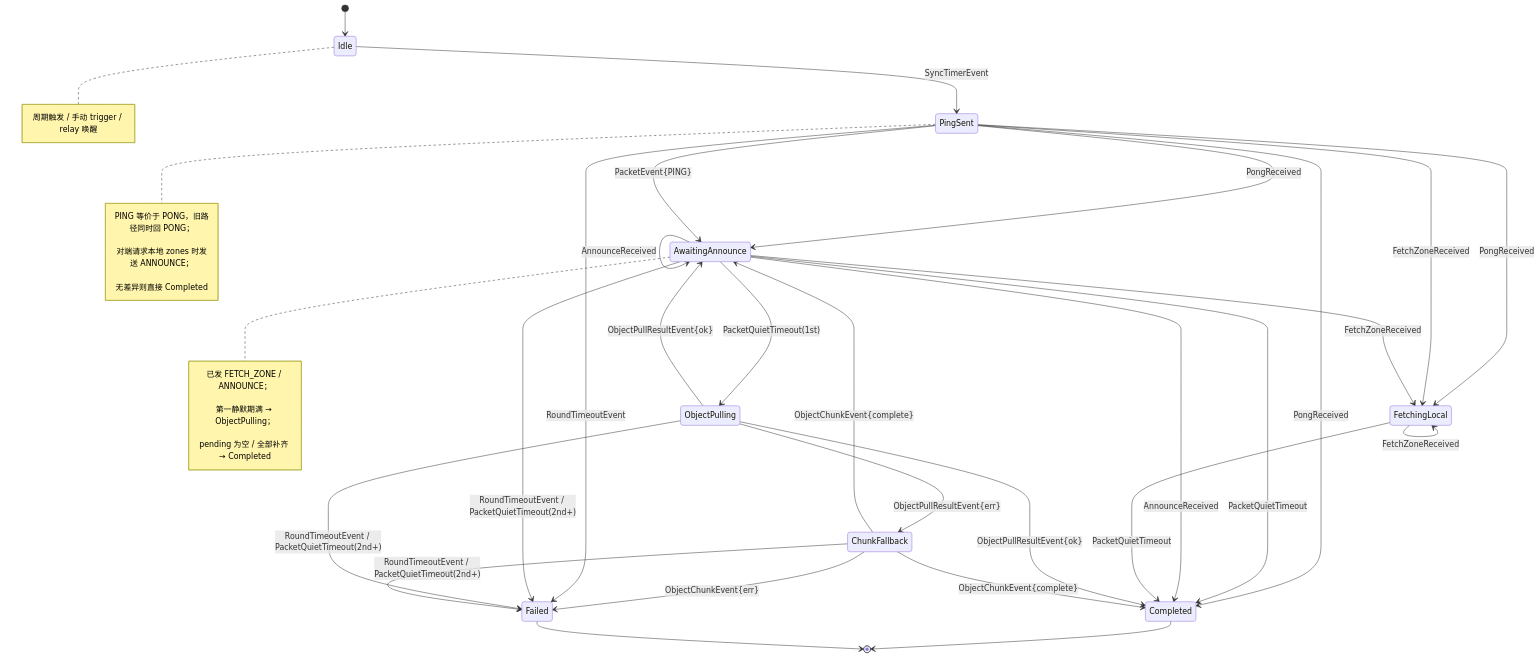
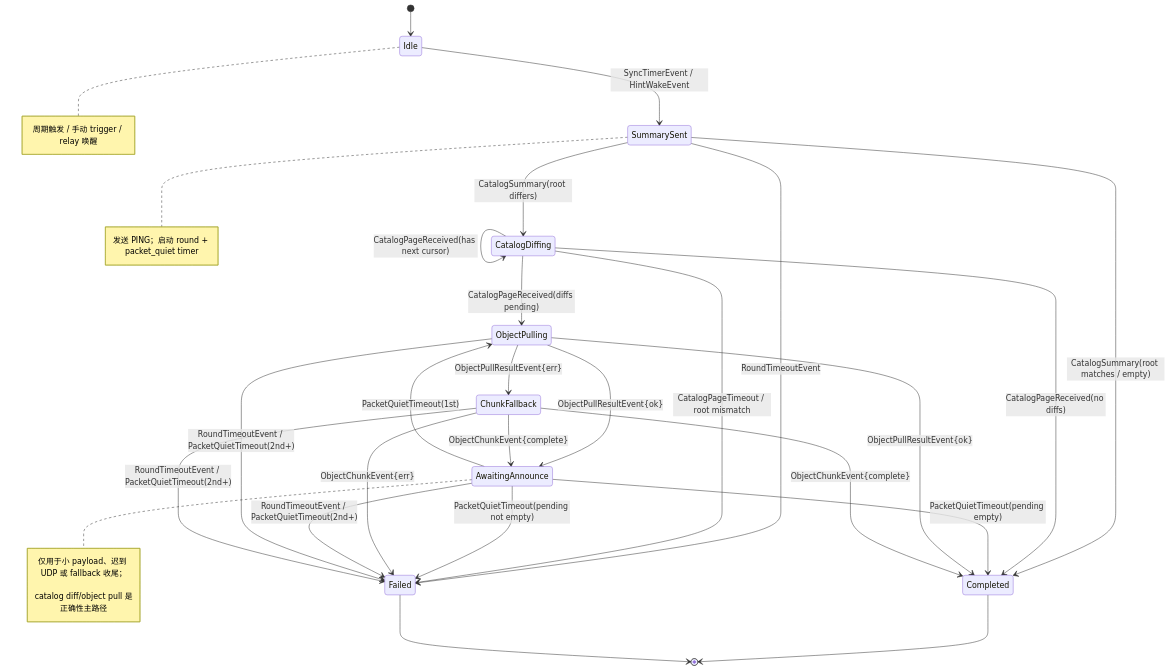
The diagram in docs/phase6-event-driven-design.md (HiggsNet/higgs), drawn with Mermaid before and after one commit. The commit also changed other lines of this file and 8 other files, not shown here.

````diff
--- a/docs/phase6-event-driven-design.md
+++ b/docs/phase6-event-driven-design.md
@@ -92,51 +99,44 @@
 ```mermaid
 stateDiagram-v2
     [*] --> Idle
 
-    Idle --> PingSent : SyncTimerEvent
+    Idle --> SummarySent : SyncTimerEvent / HintWakeEvent
     note right of Idle
       周期触发 / 手动 trigger / relay 唤醒
     end note
 
-    PingSent --> AwaitingAnnounce : PongReceived
-    PingSent --> AwaitingAnnounce : PacketEvent{PING}
-    PingSent --> FetchingLocal : PongReceived
-    PingSent --> Completed : PongReceived
-    PingSent --> FetchingLocal : FetchZoneReceived
-    note right of PingSent
-      PING 等价于 PONG，旧路径同时回 PONG；<br/>
-      对端请求本地 zones 时发送 ANNOUNCE；<br/>
-      无差异则直接 Completed
+    SummarySent --> Completed : CatalogSummary(root matches / empty)
+    SummarySent --> CatalogDiffing : CatalogSummary(root differs)
+    SummarySent --> Failed : RoundTimeoutEvent
+    note right of SummarySent
+      发送 PING；启动 round + packet_quiet timer
     end note
 
-    AwaitingAnnounce --> FetchingLocal : FetchZoneReceived
-    AwaitingAnnounce --> AwaitingAnnounce : FetchZoneReceived
+    CatalogDiffing --> CatalogDiffing : CatalogPageReceived(has next cursor)
+    CatalogDiffing --> ObjectPulling : CatalogPageReceived(diffs pending)
+    CatalogDiffing --> Completed : CatalogPageReceived(no diffs)
+    CatalogDiffing --> Failed : CatalogPageTimeout / root mismatch
+
     AwaitingAnnounce --> ObjectPulling : PacketQuietTimeout(1st)
-    AwaitingAnnounce --> Completed : PacketQuietTimeout
-    AwaitingAnnounce --> AwaitingAnnounce : AnnounceReceived
-    AwaitingAnnounce --> Completed : AnnounceReceived
+    AwaitingAnnounce --> Completed : PacketQuietTimeout(pending empty)
+    AwaitingAnnounce --> Failed : PacketQuietTimeout(pending not empty)
     note right of AwaitingAnnounce
-      已发 FETCH_ZONE / ANNOUNCE；<br/>
-      第一静默期满 → ObjectPulling；<br/>
-      pending 为空 / 全部补齐 → Completed
+      仅用于小 payload、迟到 UDP 或 fallback 收尾；<br/>
+      catalog diff/object pull 是正确性主路径
     end note
-
-    FetchingLocal --> FetchingLocal : FetchZoneReceived
-    FetchingLocal --> Completed : PacketQuietTimeout
 
     ObjectPulling --> AwaitingAnnounce : ObjectPullResultEvent{ok}
     ObjectPulling --> Completed : ObjectPullResultEvent{ok}
     ObjectPulling --> ChunkFallback : ObjectPullResultEvent{err}
 
     ChunkFallback --> AwaitingAnnounce : ObjectChunkEvent{complete}
     ChunkFallback --> Completed : ObjectChunkEvent{complete}
     ChunkFallback --> Failed : ObjectChunkEvent{err}
 
-    PingSent --> Failed : RoundTimeoutEvent
     AwaitingAnnounce --> Failed : RoundTimeoutEvent / PacketQuietTimeout(2nd+)
     ObjectPulling --> Failed : RoundTimeoutEvent / PacketQuietTimeout(2nd+)
     ChunkFallback --> Failed : RoundTimeoutEvent / PacketQuietTimeout(2nd+)
 
     Completed --> [*]
     Failed --> [*]
 ```
````
